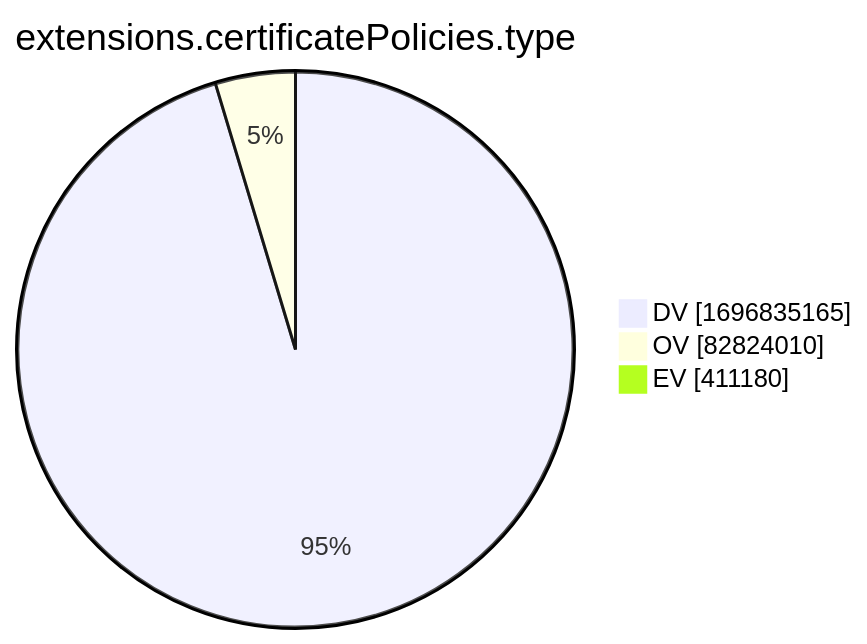
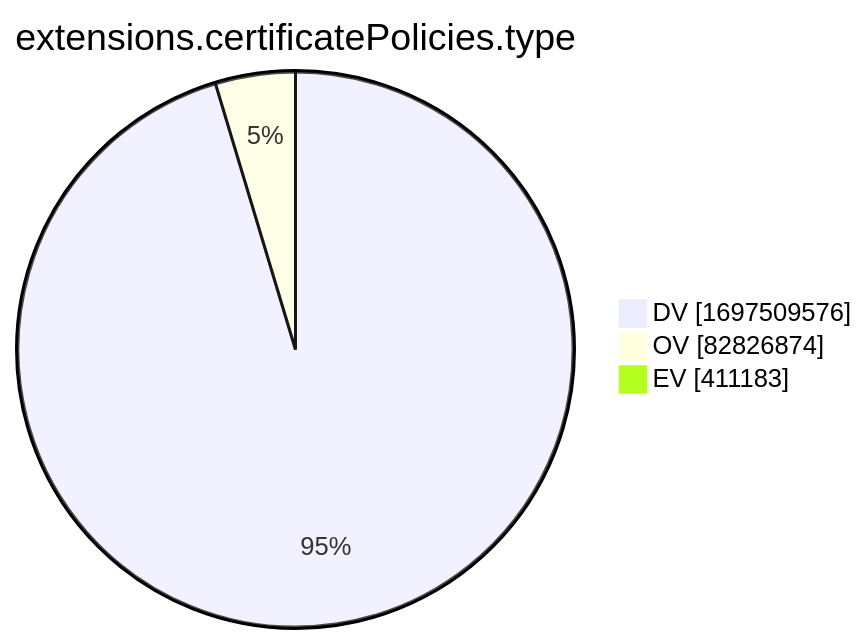
One commit to christiankrug/ctmonitor_visualization changed the tenth of 15 diagrams in xenon2022/README.md. Above: the diagram before and after it, drawn with Mermaid. The commit also changed other lines of this file, not shown here.

````diff
--- a/xenon2022/README.md
+++ b/xenon2022/README.md
@@ -2881,7 +2881,7 @@
 ```mermaid
 pie showData
 title extensions.certificatePolicies.type
-"DV" :1696835165
-"OV" :82824010
-"EV" :411180
+"DV" :1697509576
+"OV" :82826874
+"EV" :411183
 ```
````
